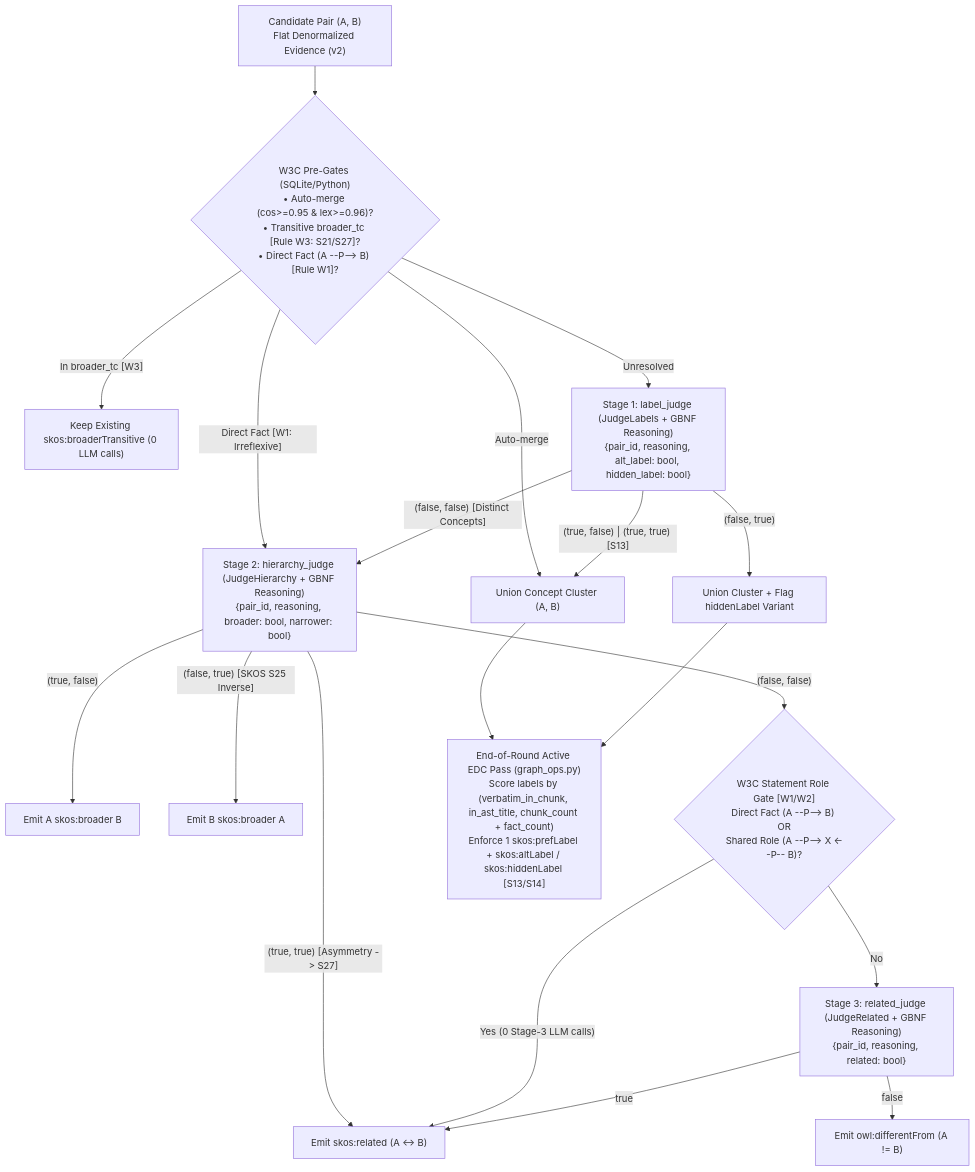
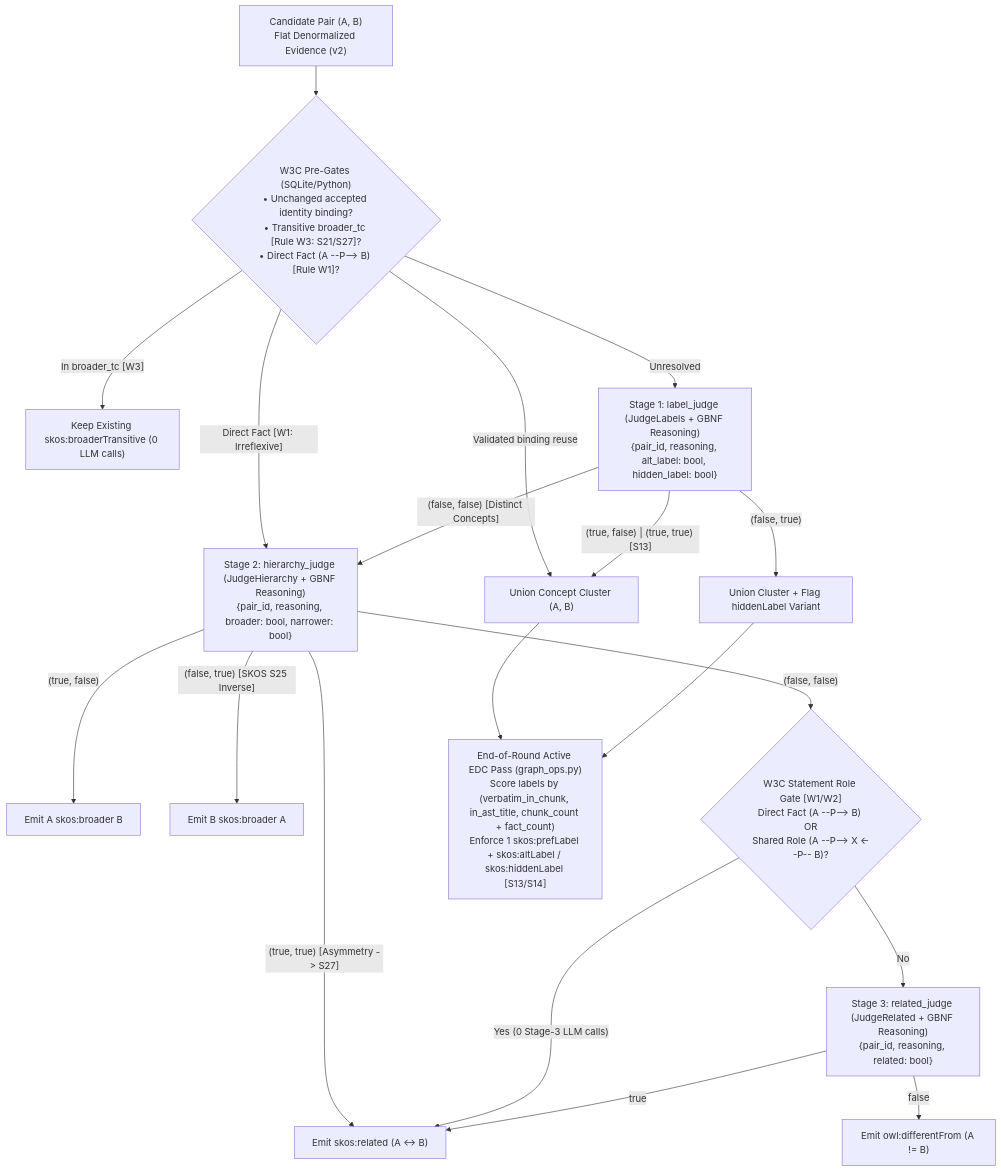
The first of 2 diagrams in docs/w3c-improvements.md (negatrait/yaw), drawn with Mermaid before and after one commit. The commit also changed other lines of this file and 57 other files, not shown here.

First line of the commit message:
refactor(graph)!: remove schemes and enforce NER-owned resources

````diff
--- a/docs/w3c-improvements.md
+++ b/docs/w3c-improvements.md
@@ -17,21 +23,21 @@
 ```mermaid
 flowchart TD
-    P["Candidate Pair (A, B)\nFlat Denormalized Evidence (v2)"] --> W0{"W3C Pre-Gates (SQLite/Python)\n• Auto-merge (cos>=0.95 & lex>=0.96)?\n• Transitive broader_tc [Rule W3: S21/S27]?\n• Direct Fact (A --P--> B) [Rule W1]?"}
-    W0 -- "Auto-merge" --> MERGE["Union Concept Cluster (A, B)"]
+    P["Candidate Pair (A, B)\nFlat Denormalized Evidence (v2)"] --> W0{"W3C Pre-Gates (SQLite/Python)\n• Unchanged accepted identity binding?\n• Transitive broader_tc [Rule W3: S21/S27]?\n• Direct Fact (A --P--> B) [Rule W1]?"}
+    W0 -- "Validated binding reuse" --> MERGE["Union Concept Cluster (A, B)"]
     W0 -- "In broader_tc [W3]" --> E_TC["Keep Existing skos:broaderTransitive (0 LLM calls)"]
     W0 -- "Direct Fact [W1: Irreflexive]" --> S2
     W0 -- "Unresolved" --> S1["Stage 1: label_judge (JudgeLabels + GBNF Reasoning)\n{pair_id, reasoning, alt_label: bool, hidden_label: bool}"]
     S1 -- "(true, false) | (true, true) [S13]" --> MERGE
     S1 -- "(false, true)" --> MERGE_H["Union Cluster + Flag hiddenLabel Variant"]
     S1 -- "(false, false) [Distinct Concepts]" --> S2["Stage 2: hierarchy_judge (JudgeHierarchy + GBNF Reasoning)\n{pair_id, reasoning, broader: bool, narrower: bool}"]
     S2 -- "(true, false)" --> E_AB["Emit A skos:broader B"]
     S2 -- "(false, true) [SKOS S25 Inverse]" --> E_BA["Emit B skos:broader A"]
     S2 -- "(true, true) [Asymmetry -> S27]" --> E_REL["Emit skos:related (A <-> B)"]
     S2 -- "(false, false)" --> W2{"W3C Statement Role Gate [W1/W2]\nDirect Fact (A --P--> B) OR\nShared Role (A --P--> X <--P-- B)?"}
     W2 -- "Yes (0 Stage-3 LLM calls)" --> E_REL
     W2 -- "No" --> S3["Stage 3: related_judge (JudgeRelated + GBNF Reasoning)\n{pair_id, reasoning, related: bool}"]
     S3 -- "true" --> E_REL
     S3 -- "false" --> E_DIFF["Emit owl:differentFrom (A != B)"]
     MERGE --> EDC["End-of-Round Active EDC Pass (graph_ops.py)\nScore labels by (verbatim_in_chunk, in_ast_title, chunk_count + fact_count)\nEnforce 1 skos:prefLabel + skos:altLabel / skos:hiddenLabel [S13/S14]"]
     MERGE_H --> EDC
 ```
````
